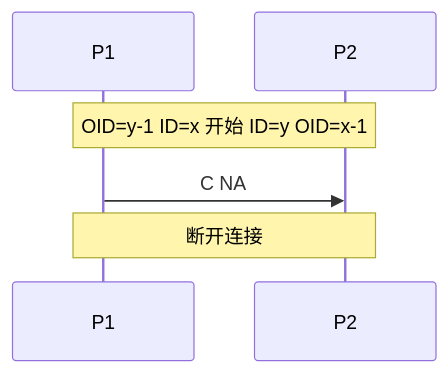
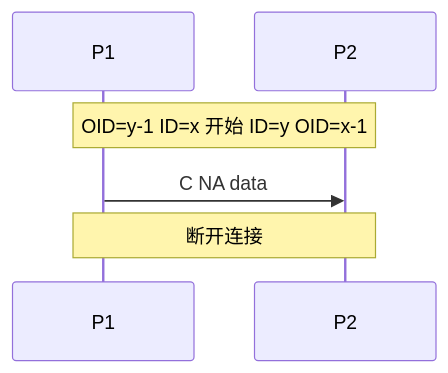
The third of 3 diagrams in README.md (Zightch/CCP), drawn with Mermaid before and after one commit. The commit also changed other lines of this file and 20 other files, not shown here.

````diff
--- a/README.md
+++ b/README.md
@@ -231,8 +215,8 @@
 ```mermaid
 sequenceDiagram
   participant P1
   participant P2
   Note over P1, P2:OID=y-1 ID=x 开始 ID=y OID=x-1
-  P1 ->>  P2: C NA
+  P1 ->>  P2: C NA data
   Note over P1, P2: 断开连接
 ```
````
